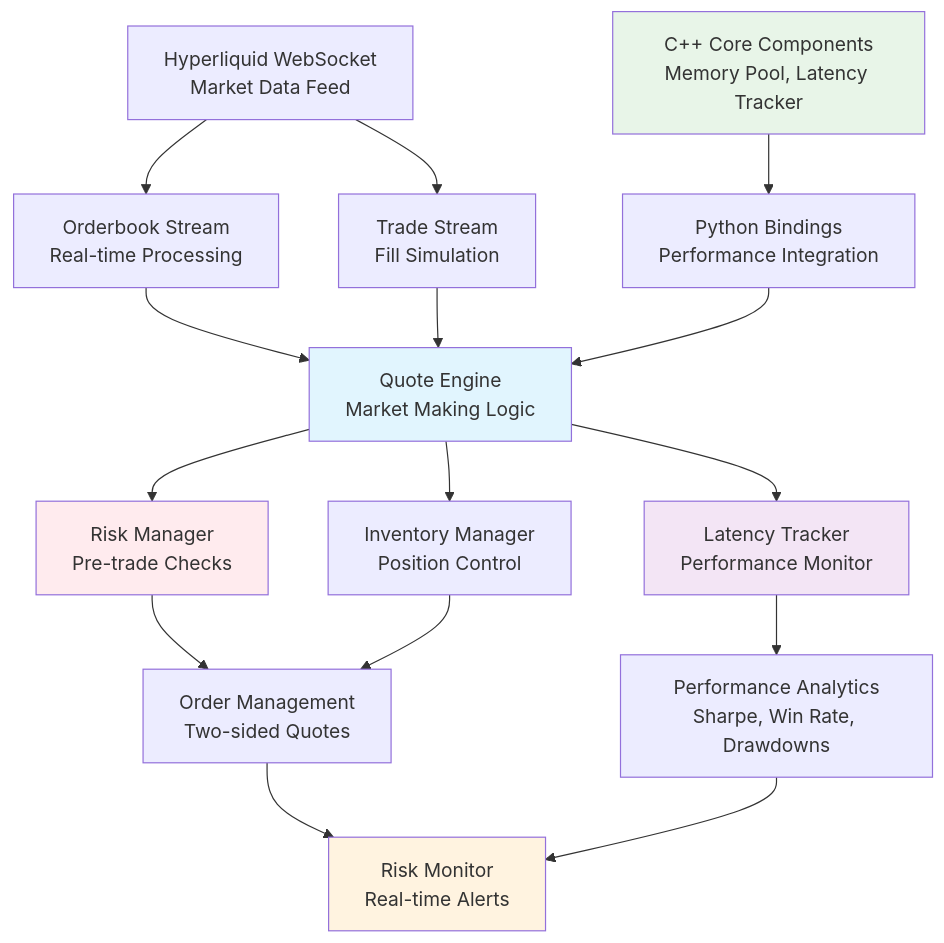
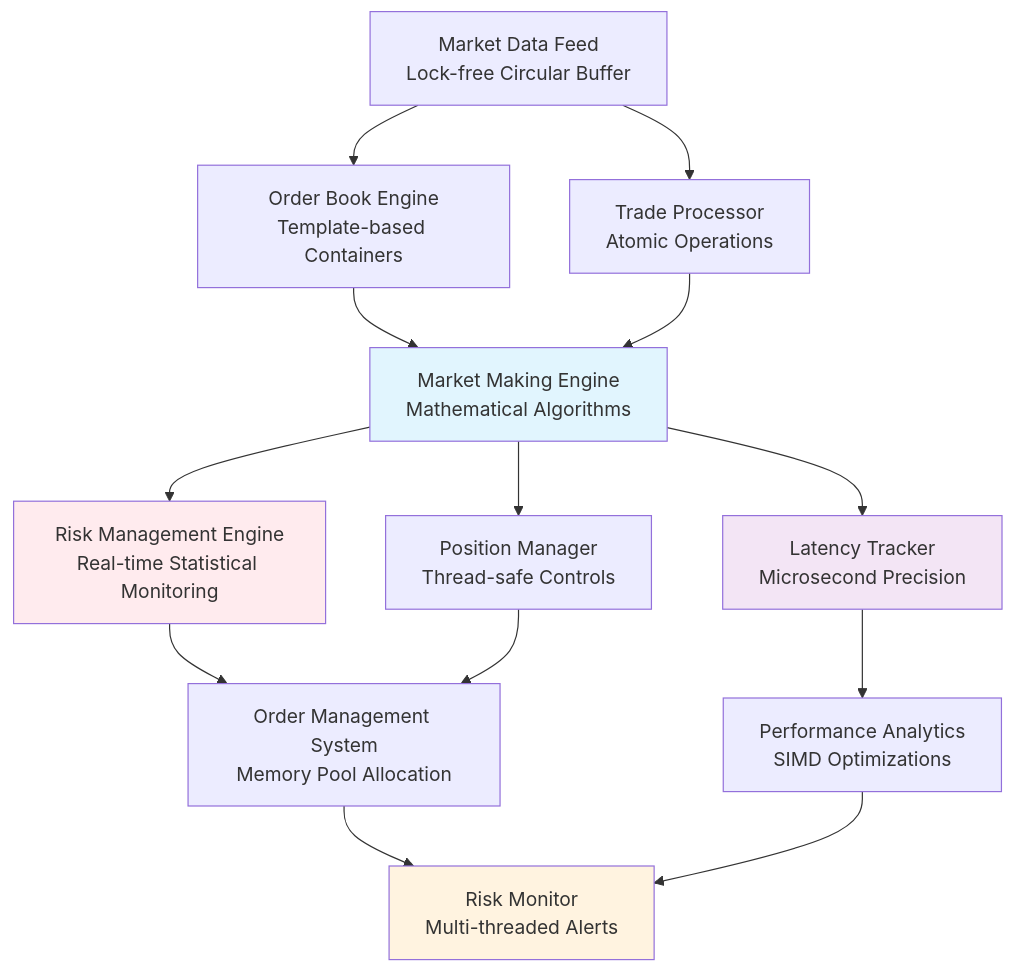
The diagram in README.md (ethanbsung/HFT), drawn with Mermaid before and after one commit. The commit also changed other lines of this file, not shown here.

````diff
--- a/README.md
+++ b/README.md
@@ -23,28 +22,24 @@
 ```mermaid
 graph TB
-    A[Hyperliquid WebSocket<br/>Market Data Feed] --> B[Orderbook Stream<br/>Real-time Processing]
-    A --> C[Trade Stream<br/>Fill Simulation]
+    A[Market Data Feed<br/>Lock-free Circular Buffer] --> B[Order Book Engine<br/>Template-based Containers]
+    A --> C[Trade Processor<br/>Atomic Operations]
     
-    B --> D[Quote Engine<br/>Market Making Logic]
+    B --> D[Market Making Engine<br/>Mathematical Algorithms]
     C --> D
     
-    D --> E[Risk Manager<br/>Pre-trade Checks]
-    D --> F[Latency Tracker<br/>Performance Monitor]
-    D --> G[Inventory Manager<br/>Position Control]
+    D --> E[Risk Management Engine<br/>Real-time Statistical Monitoring]
+    D --> F[Latency Tracker<br/>Microsecond Precision]
+    D --> G[Position Manager<br/>Thread-safe Controls]
     
-    E --> H[Order Management<br/>Two-sided Quotes]
-    F --> I[Performance Analytics<br/>Sharpe, Win Rate, Drawdowns]
+    E --> H[Order Management System<br/>Memory Pool Allocation]
+    F --> I[Performance Analytics<br/>SIMD Optimizations]
     G --> H
     
-    H --> J[Risk Monitor<br/>Real-time Alerts]
+    H --> J[Risk Monitor<br/>Multi-threaded Alerts]
     I --> J
-    
-    K[C++ Core Components<br/>Memory Pool, Latency Tracker] --> L[Python Bindings<br/>Performance Integration]
-    L --> D
     
     style D fill:#e1f5fe
     style E fill:#ffebee
     style F fill:#f3e5f5
     style J fill:#fff3e0
-    style K fill:#e8f5e8
 ```
````
